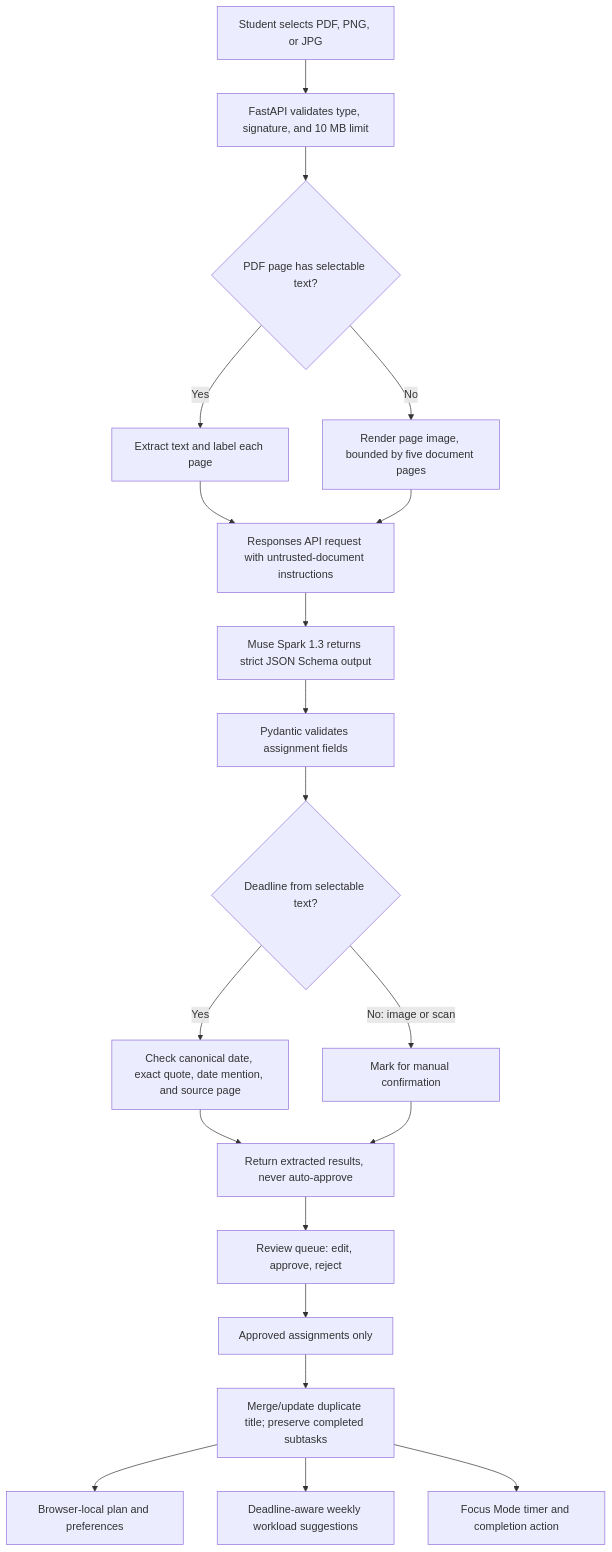
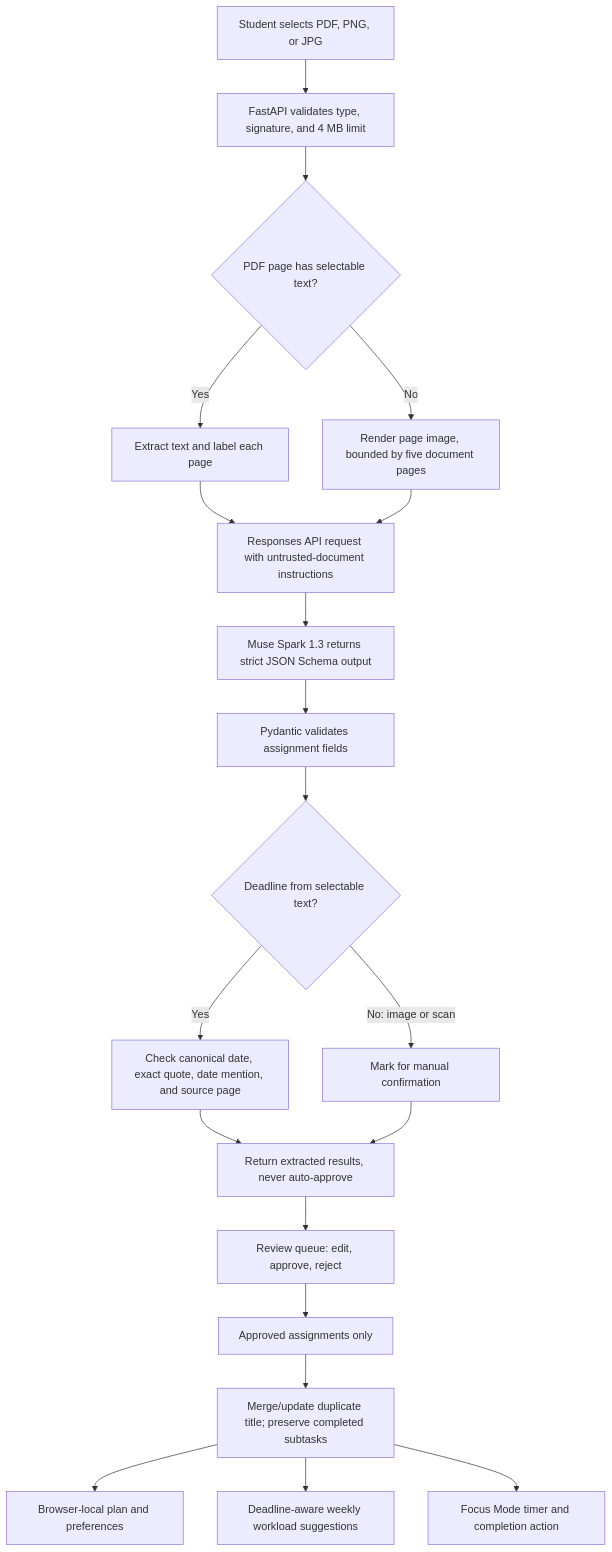
The diagram in ARCHITECTURE.md (IrshadAlam-dev/syllabus-sos), drawn with Mermaid before and after one commit. The commit also changed other lines of this file and 4 other files, not shown here.

````diff
--- a/ARCHITECTURE.md
+++ b/ARCHITECTURE.md
@@ -16,22 +16,22 @@
 ```mermaid
 flowchart TD
-  A[Student selects PDF, PNG, or JPG] --> B[FastAPI validates type, signature, and 10 MB limit]
+  A[Student selects PDF, PNG, or JPG] --> B[FastAPI validates type, signature, and 4 MB limit]
   B --> C{PDF page has selectable text?}
   C -->|Yes| D[Extract text and label each page]
   C -->|No| E[Render page image, bounded by five document pages]
   D --> F[Responses API request with untrusted-document instructions]
   E --> F
   F --> G[Muse Spark 1.3 returns strict JSON Schema output]
   G --> H[Pydantic validates assignment fields]
   H --> I{Deadline from selectable text?}
   I -->|Yes| J[Check canonical date, exact quote, date mention, and source page]
   I -->|No: image or scan| K[Mark for manual confirmation]
   J --> L[Return extracted results, never auto-approve]
   K --> L
   L --> M[Review queue: edit, approve, reject]
   M --> N[Approved assignments only]
   N --> O[Merge/update duplicate title; preserve completed subtasks]
   O --> P[Browser-local plan and preferences]
   O --> Q[Deadline-aware weekly workload suggestions]
   O --> R[Focus Mode timer and completion action]
 ```
````
